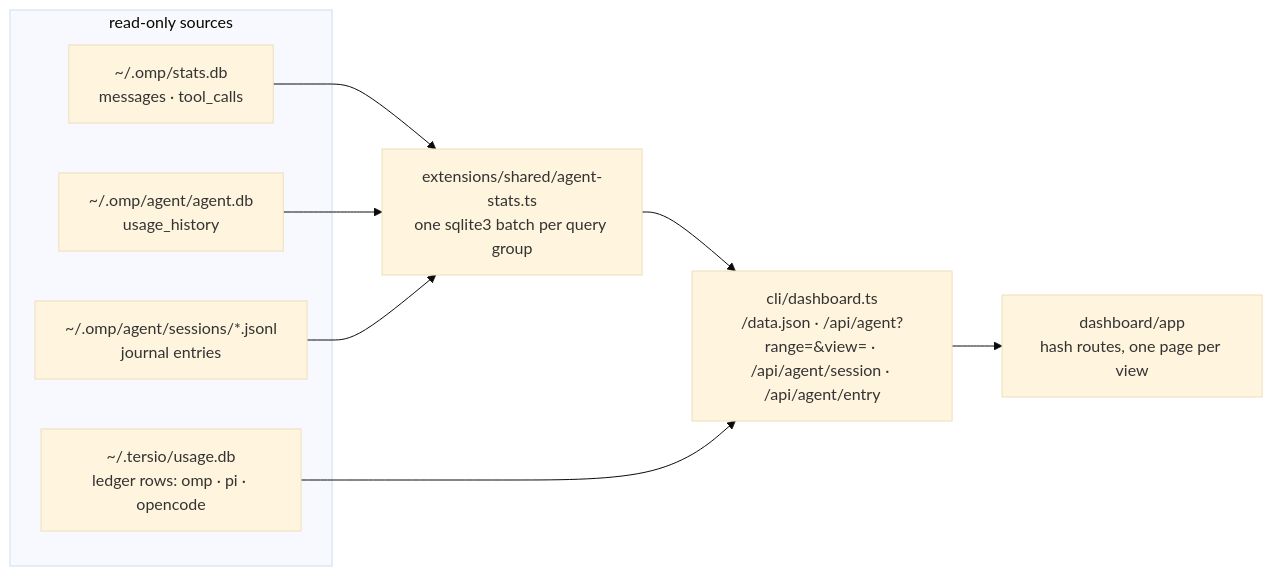
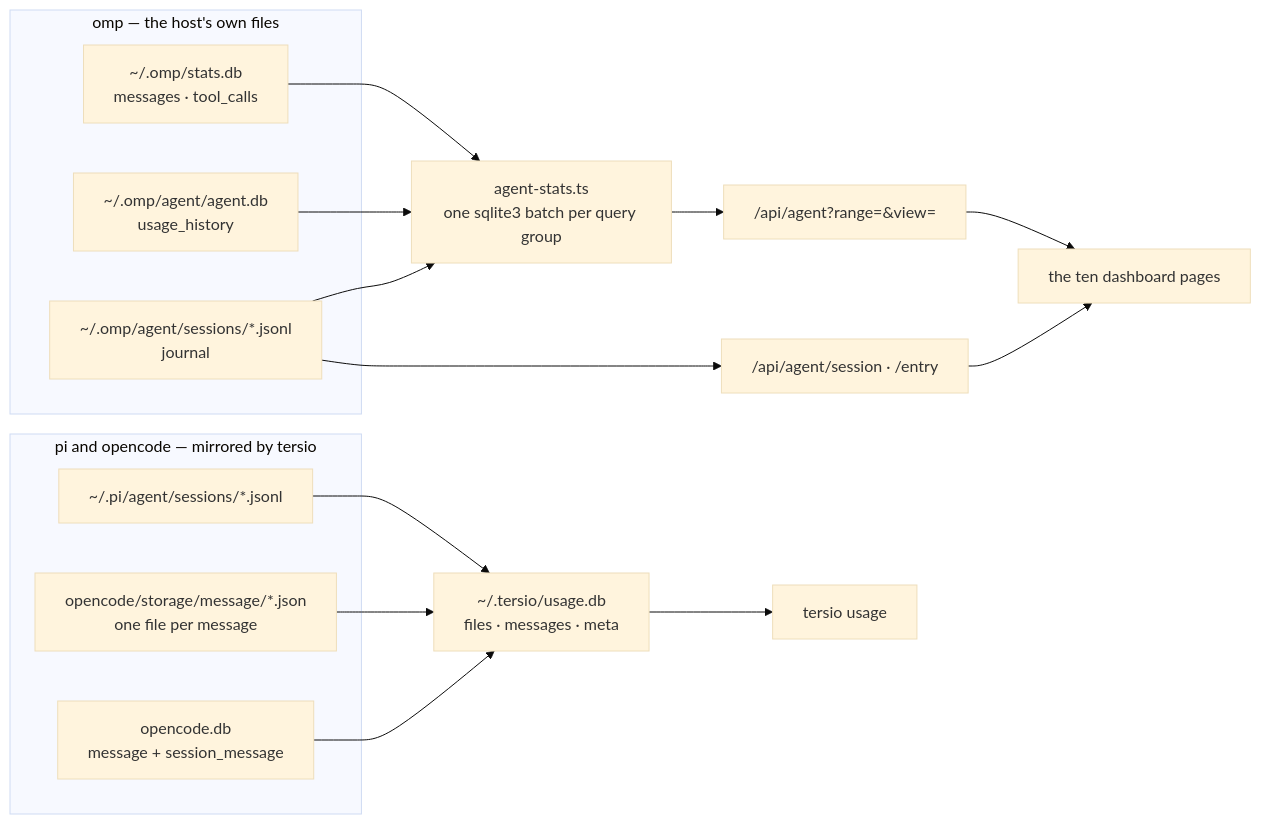
The third of 3 diagrams in docs/ARCHITECTURE.md (KurutoDenzeru/tersio), drawn with Mermaid (base theme) before and after one commit. The commit also changed other lines of this file and 1 other file, not shown here.

Commit message:
docs: state plainly that the dashboard reads omp only, and where pi and opencode land

````diff
--- a/docs/ARCHITECTURE.md
+++ b/docs/ARCHITECTURE.md
@@ -78,18 +62,24 @@
 ```mermaid
 flowchart LR
-  subgraph SRC["read-only sources"]
+  subgraph OMP["omp — the host's own files"]
     SDB["~/.omp/stats.db<br/>messages · tool_calls"]
     ADB["~/.omp/agent/agent.db<br/>usage_history"]
-    JRN["~/.omp/agent/sessions/*.jsonl<br/>journal entries"]
-    UDB["~/.tersio/usage.db<br/>ledger rows: omp · pi · opencode"]
+    JRN["~/.omp/agent/sessions/*.jsonl<br/>journal"]
   end
-  AGG["extensions/shared/agent-stats.ts<br/>one sqlite3 batch per query group"]
-  SRV["cli/dashboard.ts<br/>/data.json · /api/agent?range=&view= · /api/agent/session · /api/agent/entry"]
-  UI["dashboard/app<br/>hash routes, one page per view"]
-  SDB --> AGG
-  ADB --> AGG
-  JRN --> AGG
-  AGG --> SRV
-  UDB --> SRV
-  SRV --> UI
+  subgraph OTH["pi and opencode — mirrored by tersio"]
+    PIJ["~/.pi/agent/sessions/*.jsonl"]
+    OCJ["opencode/storage/message/*.json<br/>one file per message"]
+    OCD["opencode.db<br/>message + session_message"]
+  end
+  ASTS["agent-stats.ts<br/>one sqlite3 batch per query group"]
+  API["/api/agent?range=&view="]
+  SESS["/api/agent/session · /entry"]
+  UDB["~/.tersio/usage.db<br/>files · messages · meta"]
+  CLI["tersio usage"]
+  DASH["the ten dashboard pages"]
+
+  SDB & ADB & JRN --> ASTS
+  ASTS --> API --> DASH
+  JRN --> SESS --> DASH
+  PIJ & OCJ & OCD --> UDB --> CLI
 ```
````
